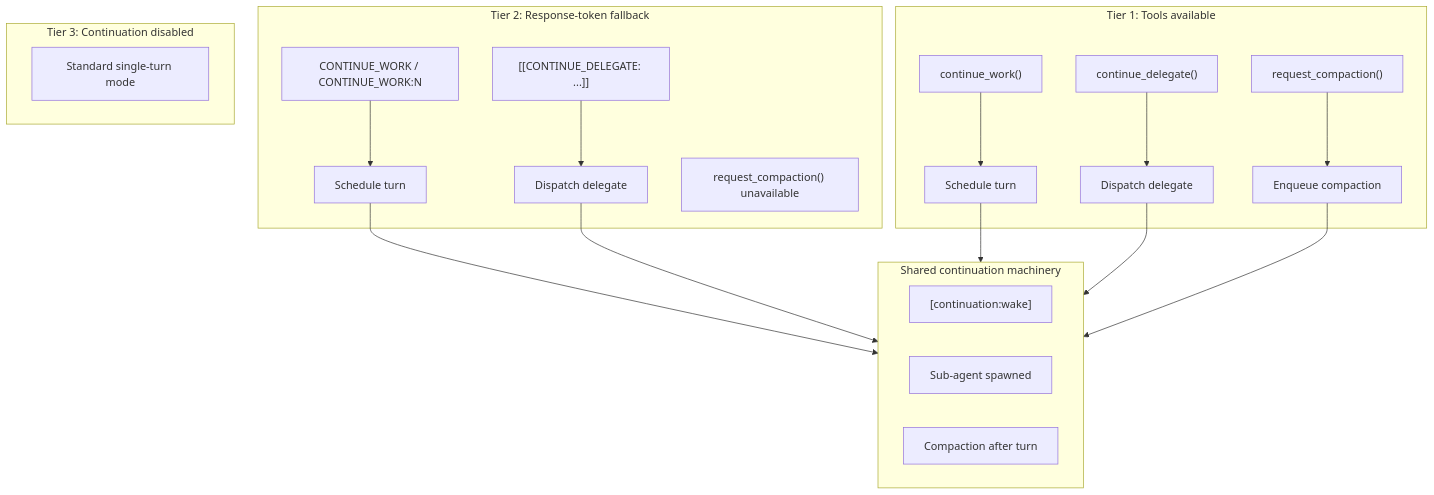
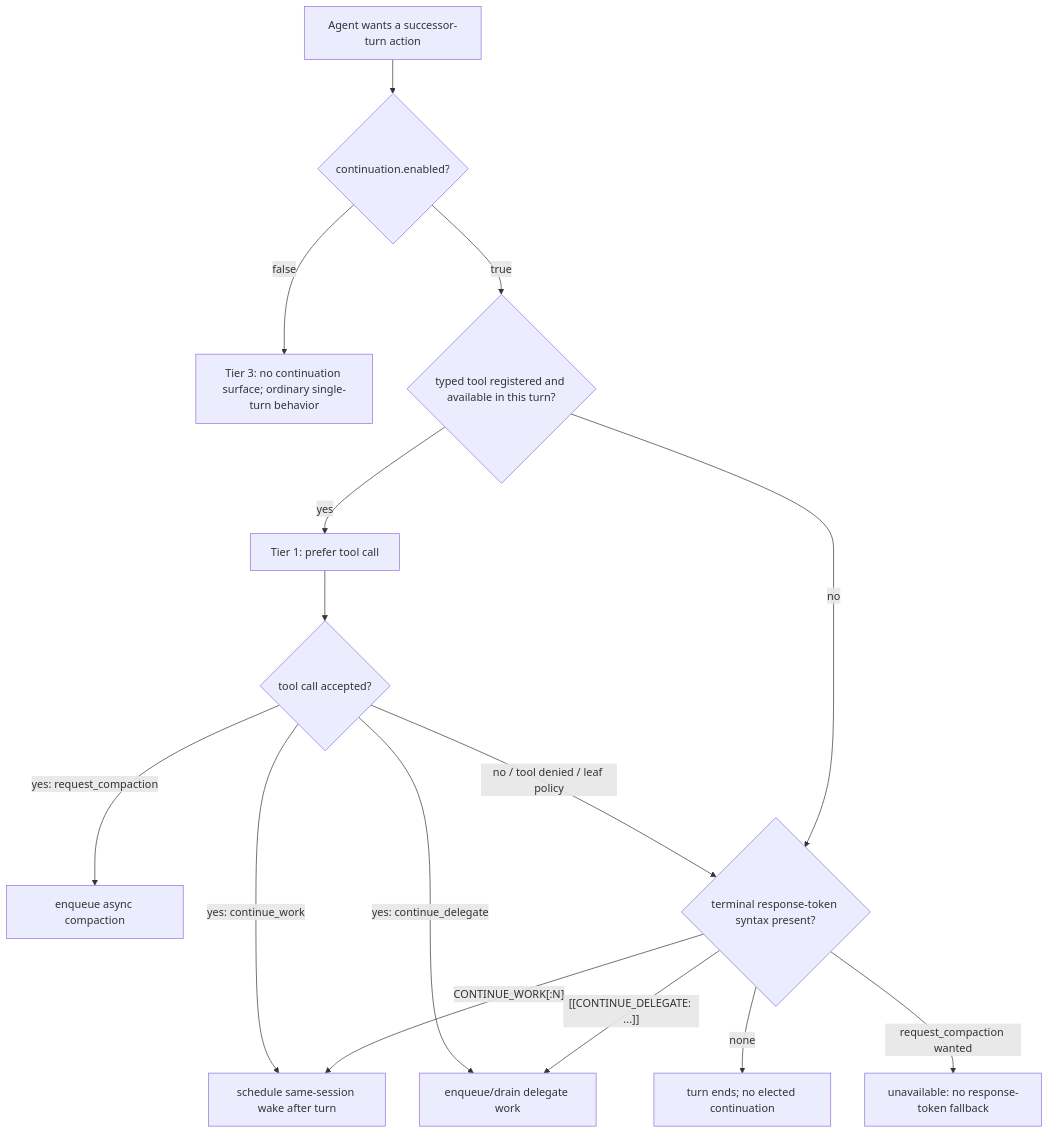
Before and after one commit to karmaterminal/openclaw: the diagram in docs/design/continue-work-signal-v2.md, drawn with Mermaid. The commit also changed other lines of this file and 1 other file, not shown here.

Commit message:
docs(rfc): apply continuation interface structure

````diff
--- a/docs/design/continue-work-signal-v2.md
+++ b/docs/design/continue-work-signal-v2.md
@@ -245,29 +289,17 @@
 ```mermaid
-flowchart TB
-    subgraph T1["Tier 1: Tools available"]
-        CW1["continue_work()"] --> SCHED1["Schedule turn"]
-        CD1["continue_delegate()"] --> DISP1["Dispatch delegate"]
-        RC1["request_compaction()"] --> COMP1["Enqueue compaction"]
-    end
-
-    subgraph T2["Tier 2: Response-token fallback"]
-        CW2["CONTINUE_WORK / CONTINUE_WORK:N"] --> SCHED2["Schedule turn"]
-        CD2["[[CONTINUE_DELEGATE: ...]]"] --> DISP2["Dispatch delegate"]
-        RC2["request_compaction() unavailable"]
-    end
-
-    subgraph T3["Tier 3: Continuation disabled"]
-        OFF["Standard single-turn mode"]
-    end
-
-    subgraph OUT["Shared continuation machinery"]
-        direction LR
-        WAKE["[continuation:wake]"]
-        SPAWN["Sub-agent spawned"]
-        LANE["Compaction after turn"]
-    end
-
-    SCHED1 & SCHED2 --> WAKE
-    DISP1 & DISP2 --> SPAWN
-    COMP1 --> LANE
+flowchart TD
+    A["Agent wants a successor-turn action"] --> B{"continuation.enabled?"}
+    B -- "false" --> OFF["Tier 3: no continuation surface; ordinary single-turn behavior"]
+    B -- "true" --> C{"typed tool registered and available in this turn?"}
+    C -- "yes" --> D["Tier 1: prefer tool call"]
+    D --> E{"tool call accepted?"}
+    E -- "yes: continue_work" --> W["schedule same-session wake after turn"]
+    E -- "yes: continue_delegate" --> G["enqueue/drain delegate work"]
+    E -- "yes: request_compaction" --> Q["enqueue async compaction"]
+    E -- "no / tool denied / leaf policy" --> F{"terminal response-token syntax present?"}
+    C -- "no" --> F
+    F -- "CONTINUE_WORK[:N]" --> W
+    F -- "[[CONTINUE_DELEGATE: ...]]" --> G
+    F -- "none" --> IDLE["turn ends; no elected continuation"]
+    F -- "request_compaction wanted" --> NOFALL["unavailable: no response-token fallback"]
 ```
````
